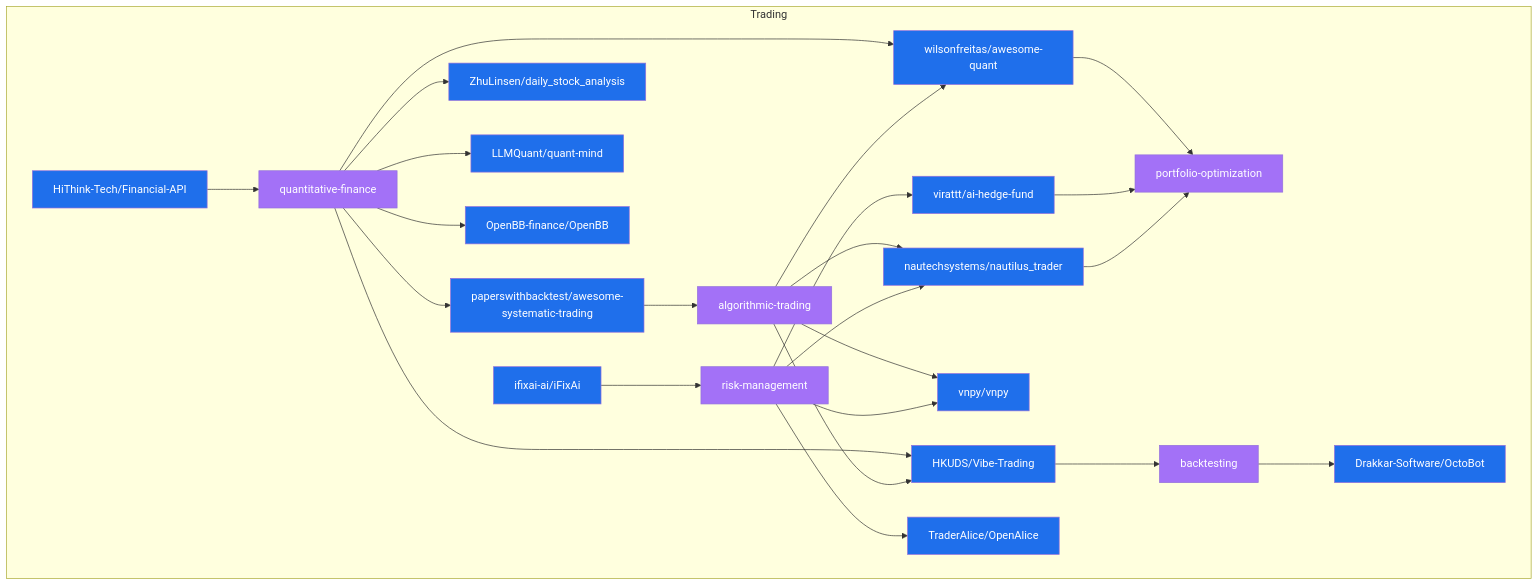
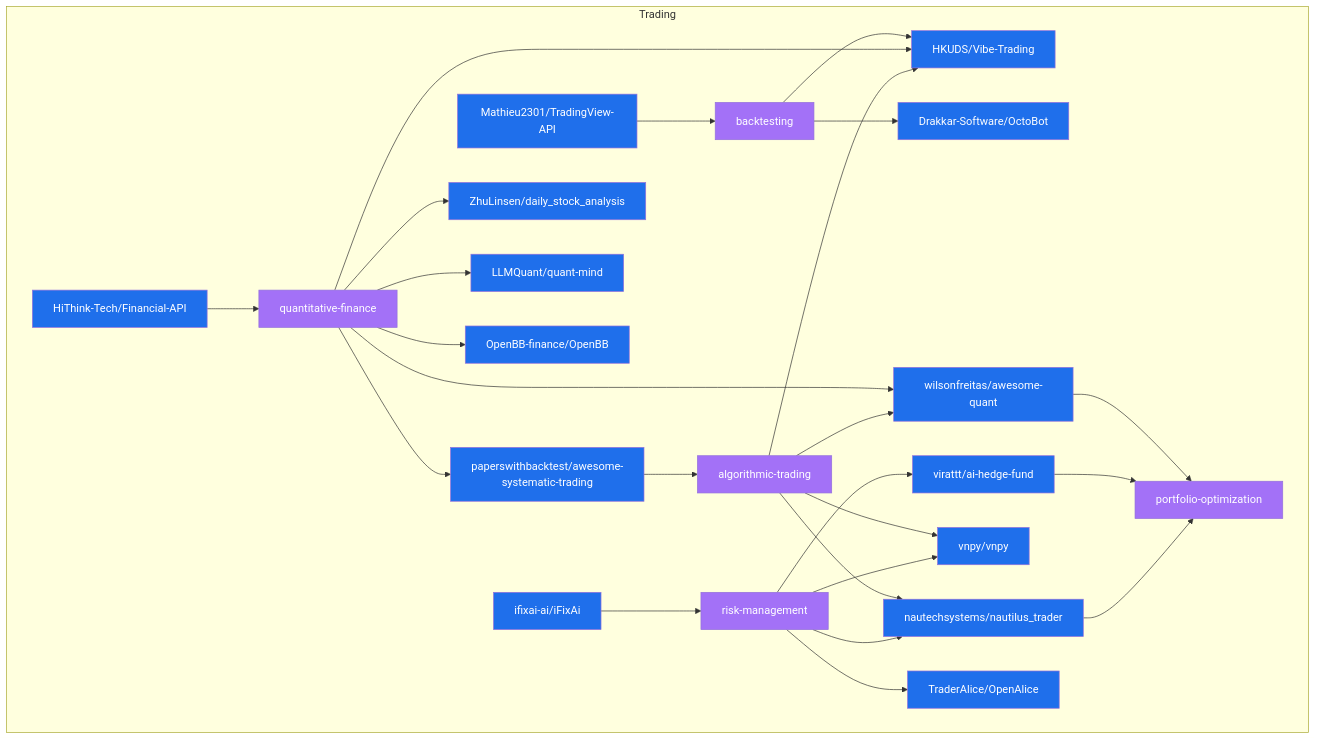
Before and after one commit to Meru143/star-graph: the diagram in data/star_graph_trading.mermaid, drawn with Mermaid. The commit also changed 15 other files, not shown here.

Commit message:
chore: weekly star graph update 2026-09-14

```diff
--- a/data/star_graph_trading.mermaid
+++ b/data/star_graph_trading.mermaid
@@ -1,48 +1,50 @@
 graph TD
   subgraph trading ["Trading"]
-    nautechsystems_nautilus_trader["nautechsystems/nautilus_trader"]:::repo
-    LLMQuant_quant_mind["LLMQuant/quant-mind"]:::repo
-    TraderAlice_OpenAlice["TraderAlice/OpenAlice"]:::repo
-    virattt_ai_hedge_fund["virattt/ai-hedge-fund"]:::repo
-    wilsonfreitas_awesome_quant["wilsonfreitas/awesome-quant"]:::repo
-    OpenBB_finance_OpenBB["OpenBB-finance/OpenBB"]:::repo
-    Drakkar_Software_OctoBot["Drakkar-Software/OctoBot"]:::repo
+    HiThink_Tech_Financial_API["HiThink-Tech/Financial-API"]:::repo
+    quantitative_finance["quantitative-finance"]:::topic
+    algorithmic_trading["algorithmic-trading"]:::topic
+    HKUDS_Vibe_Trading["HKUDS/Vibe-Trading"]:::repo
+    ifixai_ai_iFixAi["ifixai-ai/iFixAi"]:::repo
     risk_management["risk-management"]:::topic
     backtesting["backtesting"]:::topic
-    quantitative_finance["quantitative-finance"]:::topic
-    algorithmic_trading["algorithmic-trading"]:::topic
-    ifixai_ai_iFixAi["ifixai-ai/iFixAi"]:::repo
-    HKUDS_Vibe_Trading["HKUDS/Vibe-Trading"]:::repo
+    wilsonfreitas_awesome_quant["wilsonfreitas/awesome-quant"]:::repo
+    Drakkar_Software_OctoBot["Drakkar-Software/OctoBot"]:::repo
+    virattt_ai_hedge_fund["virattt/ai-hedge-fund"]:::repo
+    paperswithbacktest_awesome_systematic_trading["paperswithbacktest/awesome-systematic-trading"]:::repo
+    Mathieu2301_TradingView_API["Mathieu2301/TradingView-API"]:::repo
+    ZhuLinsen_daily_stock_analysis["ZhuLinsen/daily_stock_analysis"]:::repo
+    OpenBB_finance_OpenBB["OpenBB-finance/OpenBB"]:::repo
+    LLMQuant_quant_mind["LLMQuant/quant-mind"]:::repo
+    portfolio_optimization["portfolio-optimization"]:::topic
+    TraderAlice_OpenAlice["TraderAlice/OpenAlice"]:::repo
     vnpy_vnpy["vnpy/vnpy"]:::repo
-    paperswithbacktest_awesome_systematic_trading["paperswithbacktest/awesome-systematic-trading"]:::repo
-    HiThink_Tech_Financial_API["HiThink-Tech/Financial-API"]:::repo
-    ZhuLinsen_daily_stock_analysis["ZhuLinsen/daily_stock_analysis"]:::repo
-    portfolio_optimization["portfolio-optimization"]:::topic
+    nautechsystems_nautilus_trader["nautechsystems/nautilus_trader"]:::repo
   end
+  Mathieu2301_TradingView_API --> backtesting
+  backtesting --> HKUDS_Vibe_Trading
+  backtesting --> Drakkar_Software_OctoBot
   HiThink_Tech_Financial_API --> quantitative_finance
   quantitative_finance --> paperswithbacktest_awesome_systematic_trading
   quantitative_finance --> ZhuLinsen_daily_stock_analysis
   quantitative_finance --> wilsonfreitas_awesome_quant
   quantitative_finance --> HKUDS_Vibe_Trading
   quantitative_finance --> LLMQuant_quant_mind
   quantitative_finance --> OpenBB_finance_OpenBB
   paperswithbacktest_awesome_systematic_trading --> algorithmic_trading
   algorithmic_trading --> HKUDS_Vibe_Trading
   algorithmic_trading --> wilsonfreitas_awesome_quant
   algorithmic_trading --> nautechsystems_nautilus_trader
   algorithmic_trading --> vnpy_vnpy
   ifixai_ai_iFixAi --> risk_management
   risk_management --> virattt_ai_hedge_fund
   risk_management --> nautechsystems_nautilus_trader
   risk_management --> TraderAlice_OpenAlice
   risk_management --> vnpy_vnpy
   wilsonfreitas_awesome_quant --> portfolio_optimization
   virattt_ai_hedge_fund --> portfolio_optimization
-  HKUDS_Vibe_Trading --> backtesting
-  backtesting --> Drakkar_Software_OctoBot
   nautechsystems_nautilus_trader --> portfolio_optimization
   classDef repo fill:#1f6feb,color:#fff;
   classDef topic fill:#a371f7,color:#fff;
   classDef technology fill:#3fb950,color:#fff;
   classDef use_case fill:#d29922,color:#fff;
   classDef architecture fill:#f85149,color:#fff;
```
